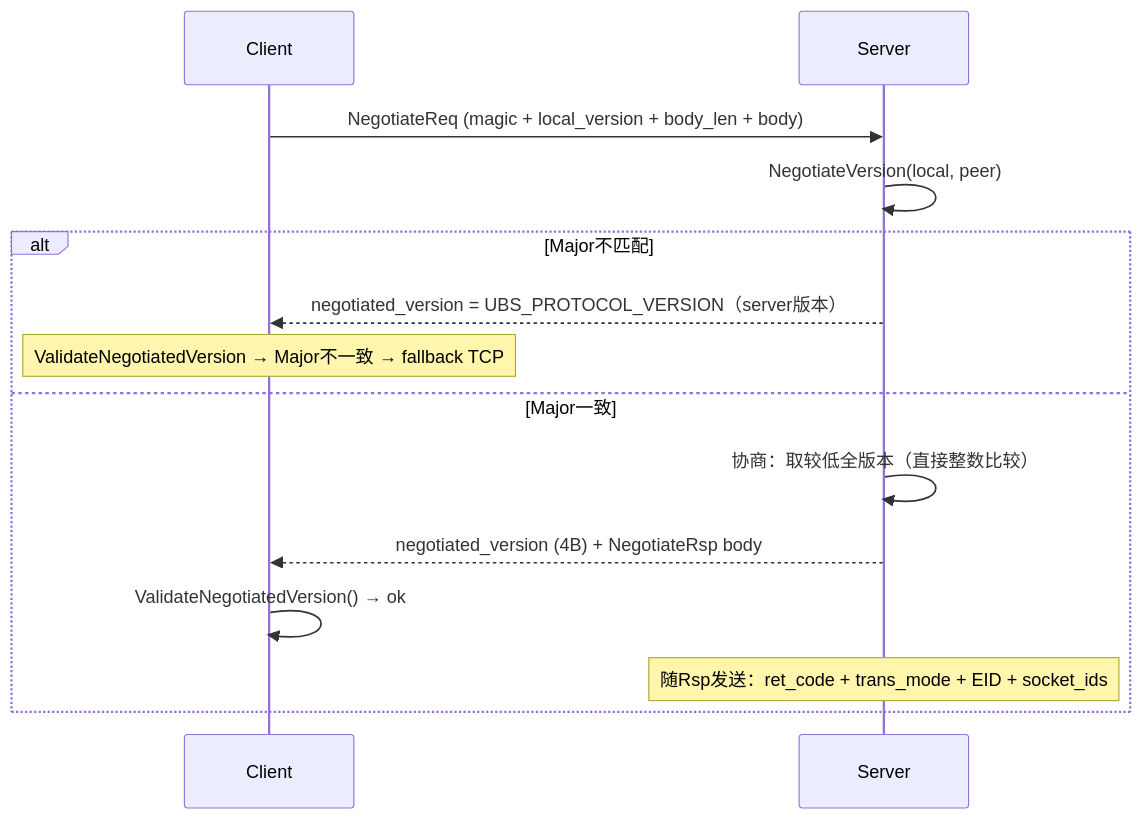
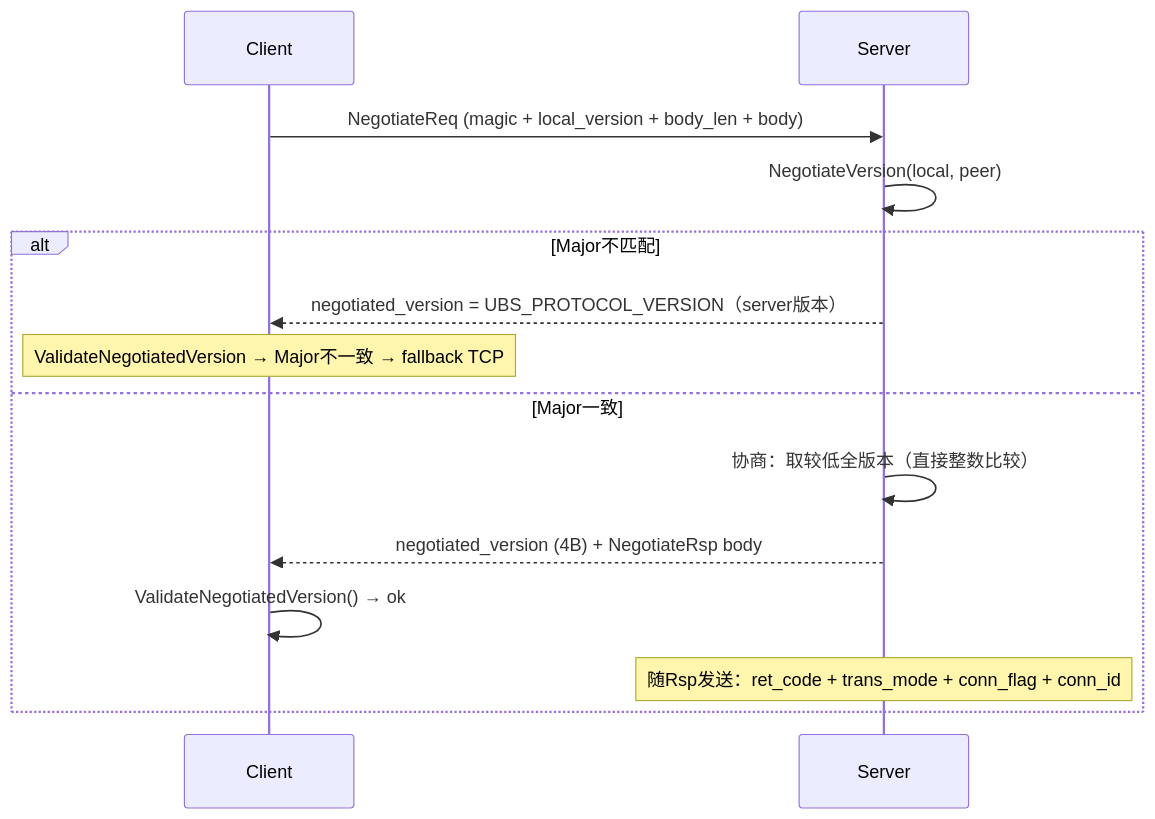
One commit to openeuler-mirror/ubs-comm changed the fourth of 17 diagrams in doc/ubsocket/UBSOCKET-ARCHITECTURE.ch.md. Above: the diagram before and after it, drawn with Mermaid. The commit also changed other lines of this file and 13 other files, not shown here.

````diff
--- a/doc/ubsocket/UBSOCKET-ARCHITECTURE.ch.md
+++ b/doc/ubsocket/UBSOCKET-ARCHITECTURE.ch.md
@@ -258,17 +229,17 @@
 ```mermaid
 sequenceDiagram
     participant C as Client
     participant S as Server
 
     C->>S: NegotiateReq (magic + local_version + body_len + body)
     S->>S: NegotiateVersion(local, peer)
     alt Major不匹配
         S-->>C: negotiated_version = UBS_PROTOCOL_VERSION（server版本）
         Note over C: ValidateNegotiatedVersion → Major不一致 → fallback TCP
     else Major一致
         S->>S: 协商：取较低全版本（直接整数比较）
         S-->>C: negotiated_version (4B) + NegotiateRsp body
         C->>C: ValidateNegotiatedVersion() → ok
-        Note over S: 随Rsp发送：ret_code + trans_mode + EID + socket_ids
+        Note over S: 随Rsp发送：ret_code + trans_mode + conn_flag + conn_id
     end
 ```
````
